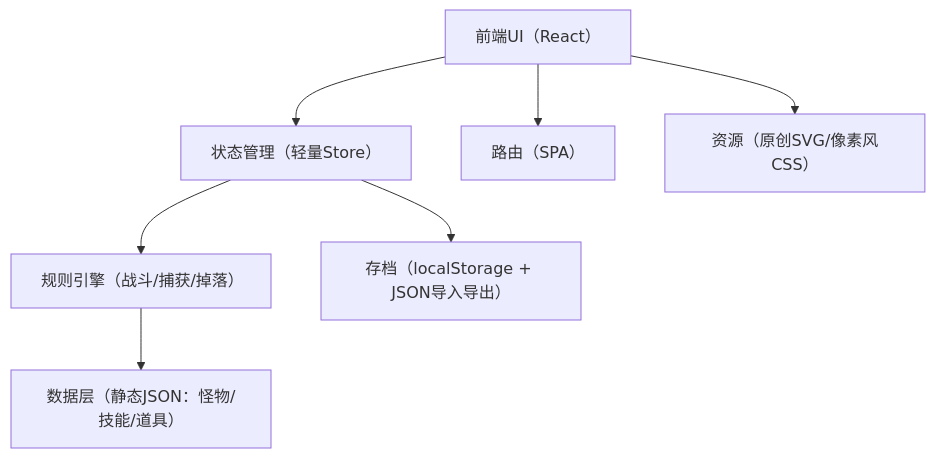
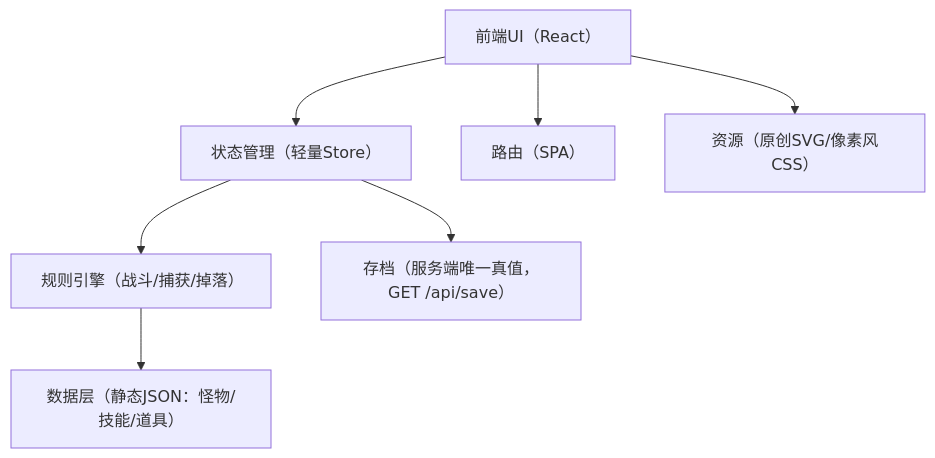
The first of 2 diagrams in .trae/documents/技术架构-原创抓怪回合制RPG.md (LJJ666666/MonsterPK), drawn with Mermaid before and after one commit. The commit also changed other lines of this file and 39 other files, not shown here.

````diff
--- a/.trae/documents/技术架构-原创抓怪回合制RPG.md
+++ b/.trae/documents/技术架构-原创抓怪回合制RPG.md
@@ -3,9 +3,9 @@
 ```mermaid
 flowchart TB
   UI["前端UI（React）"] --> STATE["状态管理（轻量Store）"]
   UI --> ROUTER["路由（SPA）"]
   STATE --> RULES["规则引擎（战斗/捕获/掉落）"]
   RULES --> DATA["数据层（静态JSON：怪物/技能/道具）"]
-  STATE --> SAVE["存档（localStorage + JSON导入导出）"]
+  STATE --> SAVE["存档（服务端唯一真值，GET /api/save）"]
   UI --> ASSETS["资源（原创SVG/像素风CSS）"]
 ```
````
